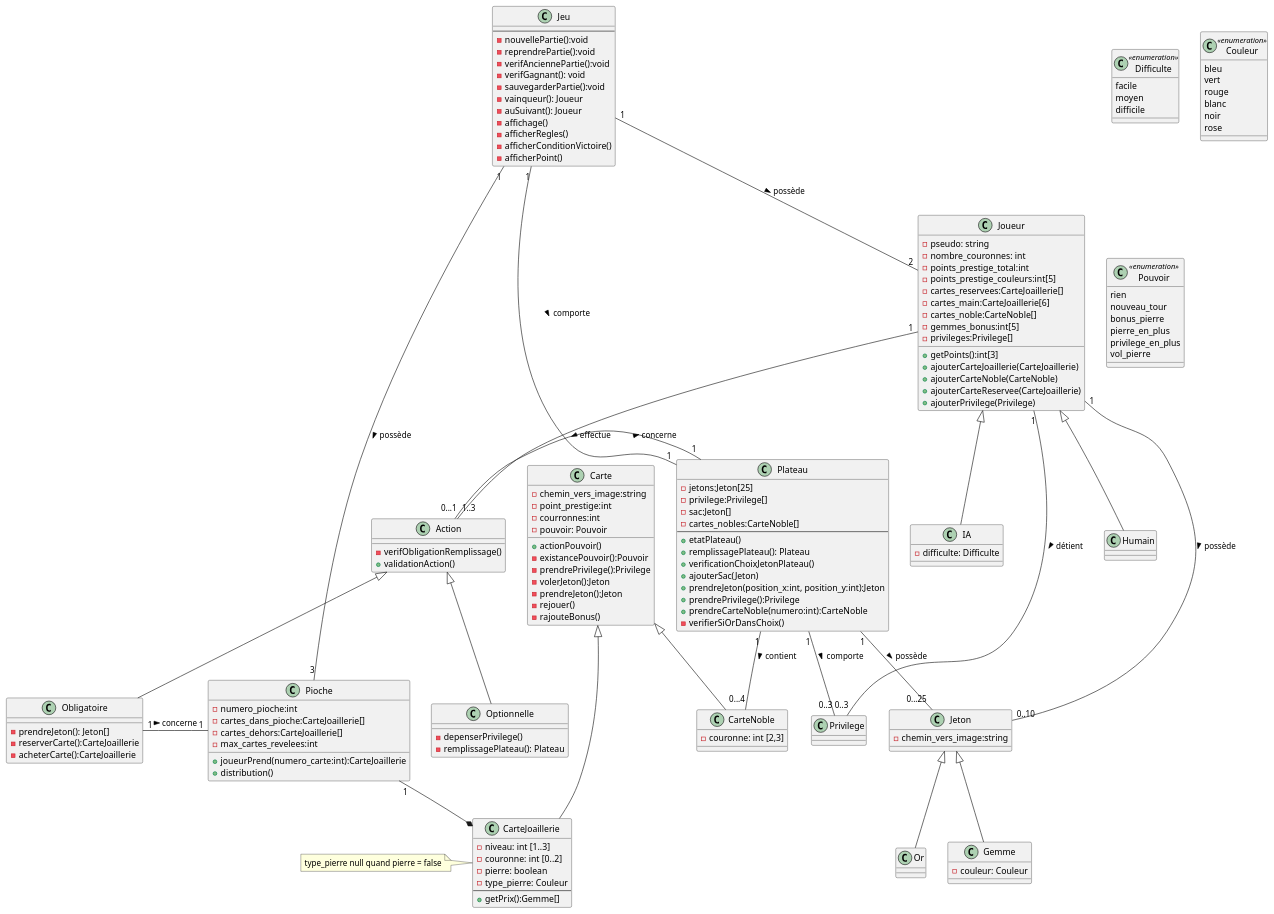
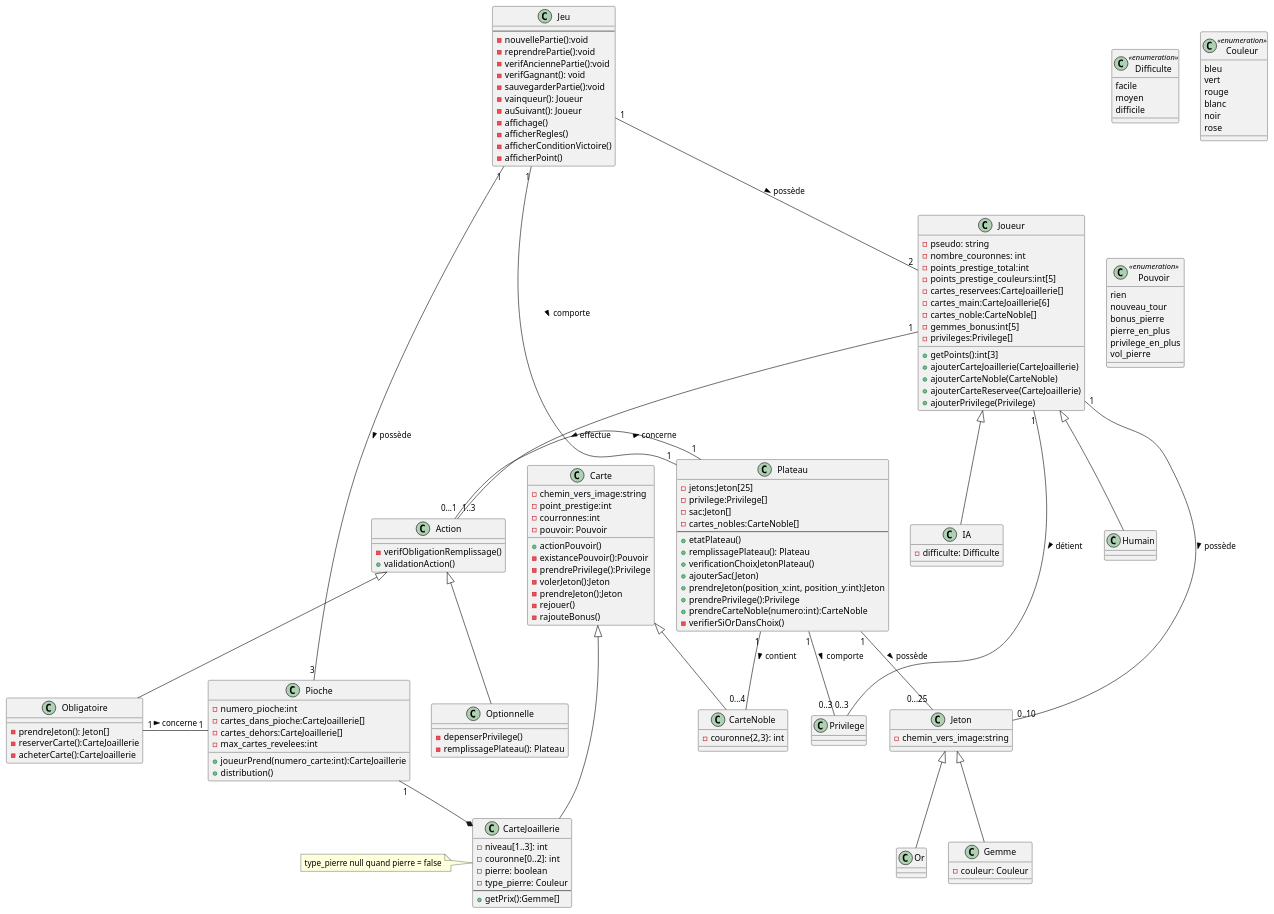
One commit to LaylaLunae/Splendor-duel changed the diagram in SplendorUML.puml. Above: the diagram before and after it, drawn with PlantUML.

```diff
--- a/SplendorUML.puml
+++ b/SplendorUML.puml
@@ -1,185 +1,185 @@
 @startuml
 
 class Jeu {
 --
 - nouvellePartie():void
 - reprendrePartie():void
 - verifAnciennePartie():void
 - verifGagnant(): void
 - sauvegarderPartie():void
 - vainqueur(): Joueur
 - auSuivant(): Joueur
 - affichage()
 - afficherRegles()
 - afficherConditionVictoire()
 - afficherPoint()
 }
 
 
 class Plateau {
 - jetons:Jeton[25]
 - privilege:Privilege[]
 - sac:Jeton[]
 - cartes_nobles:CarteNoble[]
 --
 + etatPlateau()
 + remplissagePlateau(): Plateau
 + verificationChoixJetonPlateau()
 + ajouterSac(Jeton)
 + prendreJeton(position_x:int, position_y:int):Jeton
 + prendrePrivilege():Privilege
 + prendreCarteNoble(numero:int):CarteNoble
 - verifierSiOrDansChoix()
 }
 
 
 
 class Joueur {
 - pseudo: string
 - nombre_couronnes: int
 - points_prestige_total:int
 - points_prestige_couleurs:int[5]
 - cartes_reservees:CarteJoaillerie[]
 - cartes_main:CarteJoaillerie[6]
 - cartes_noble:CarteNoble[]
 - gemmes_bonus:int[5]
 - privileges:Privilege[]
 + getPoints():int[3]
 + ajouterCarteJoaillerie(CarteJoaillerie)
 + ajouterCarteNoble(CarteNoble)
 + ajouterCarteReservee(CarteJoaillerie)
 + ajouterPrivilege(Privilege)
 }
 
 class IA {
 - difficulte: Difficulte
 }
 
 class Difficulte <<enumeration>> {
  facile
  moyen
  difficile
 }
 
 class Jeton {
 - chemin_vers_image:string
 }
 class Privilege {
 }
 class Or {
 }
 class Gemme {
 -couleur: Couleur
 }
 class Couleur <<enumeration>> {
  bleu
  vert
  rouge
  blanc
  noir
  rose
 }
 
 
 class Pioche{
 - numero_pioche:int
 - cartes_dans_pioche:CarteJoaillerie[]
 - cartes_dehors:CarteJoaillerie[]
 - max_cartes_revelees:int
 + joueurPrend(numero_carte:int):CarteJoaillerie
 + distribution()
 }
 class Carte {
 - chemin_vers_image:string
 - point_prestige:int
 - courronnes:int
 - pouvoir: Pouvoir
 + actionPouvoir()
 - existancePouvoir():Pouvoir
 - prendrePrivilege():Privilege
 - volerJeton():Jeton
 - prendreJeton():Jeton
 - rejouer()
 - rajouteBonus()
 }
 
 class CarteNoble {
--couronne: int [2,3]
+-couronne{2,3}: int
 }
 
 class CarteJoaillerie {
--niveau: int [1..3]
--couronne: int [0..2]
+-niveau[1..3]: int
+-couronne[0..2]: int
 -pierre: boolean
 -type_pierre: Couleur
 --
 + getPrix():Gemme[]
 }
 note left: type_pierre null quand pierre = false
 
 
 class Pouvoir <<enumeration>> {
  rien
  nouveau_tour
  bonus_pierre
  pierre_en_plus
  privilege_en_plus
  vol_pierre
 }
 
 
 
 class Action {
 - verifObligationRemplissage()
 + validationAction()
 }
 
 class Optionnelle {
 - depenserPrivilege()
 - remplissagePlateau(): Plateau
 }
 
 class Obligatoire {
 - prendreJeton(): Jeton[]
 - reserverCarte():CarteJoaillerie
 - acheterCarte():CarteJoaillerie
 }
 
 
 
 
 Joueur <|-- IA
 Joueur <|-- Humain
 
 Jeu "1" -- "1" Plateau: comporte >
 Jeu "1" -- "2" Joueur: possède >
 Jeu "1" -- "3" Pioche: possède >
 
 
 Plateau "1" -- "0...25" Jeton: possède >
 Plateau "1"--"0..3" Privilege: comporte >
 Plateau "1"--"0...4" CarteNoble: contient >
 'Plateau "1"-"3" Pioche
 
 Pioche "1"--* CarteJoaillerie
 
 Jeton <|-- Or
 Jeton <|-- Gemme
 
 Joueur "1" -- "0..3" Privilege: détient >
 Joueur "1" -- "0..10" Jeton: possède >
 Joueur "1"-- "1..3" Action: effectue >
 
 Carte <|-- CarteNoble
 Carte <|-- CarteJoaillerie
 '(CarteJoaillerie, Pierre) .. AchatCarte
 
 
 Action <|-- Optionnelle
 Action <|-- Obligatoire
 Action "0...1"-"1" Plateau : concerne >
 Obligatoire "1"-"1" Pioche : concerne >
 
 
 
 @enduml
```
